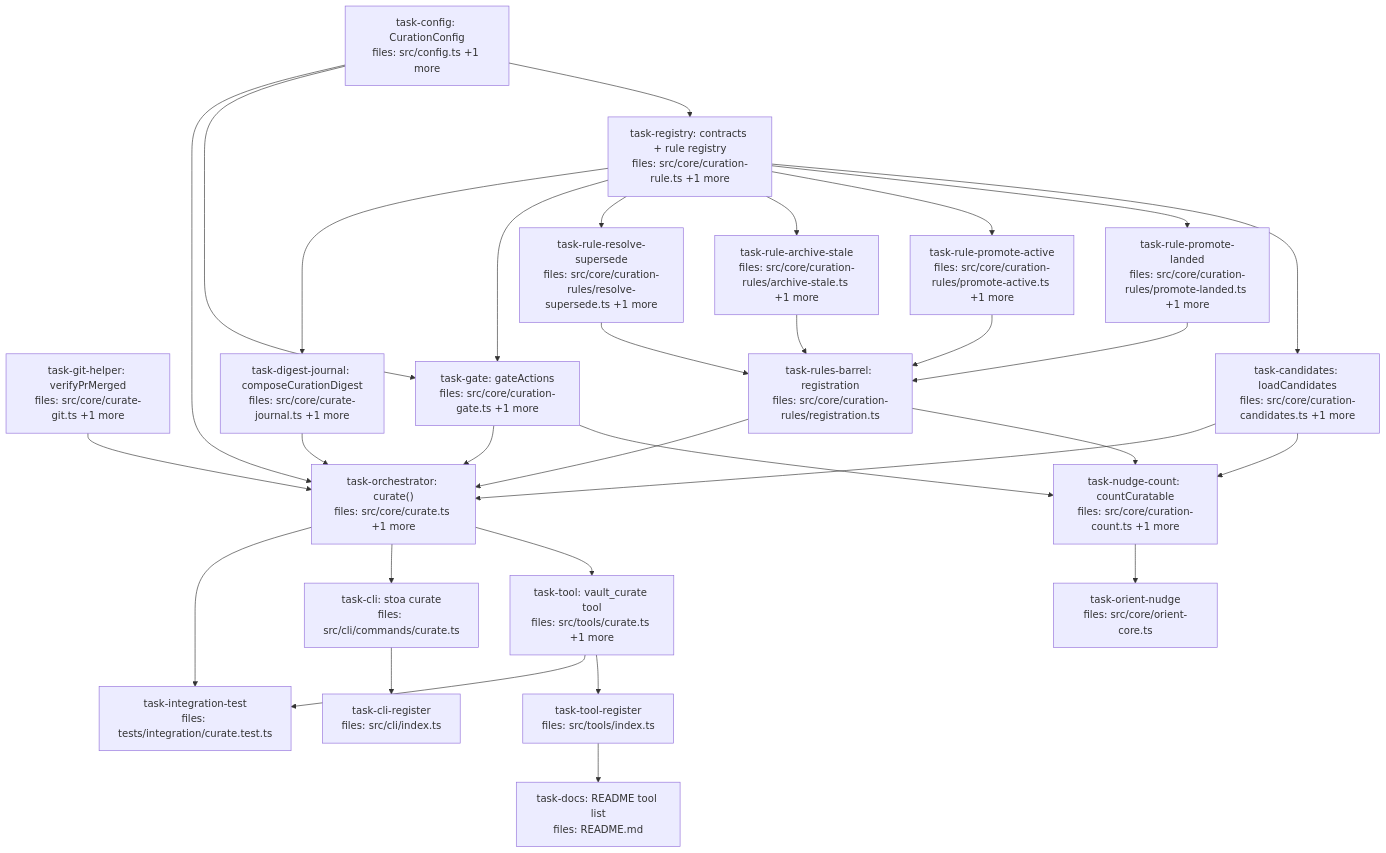
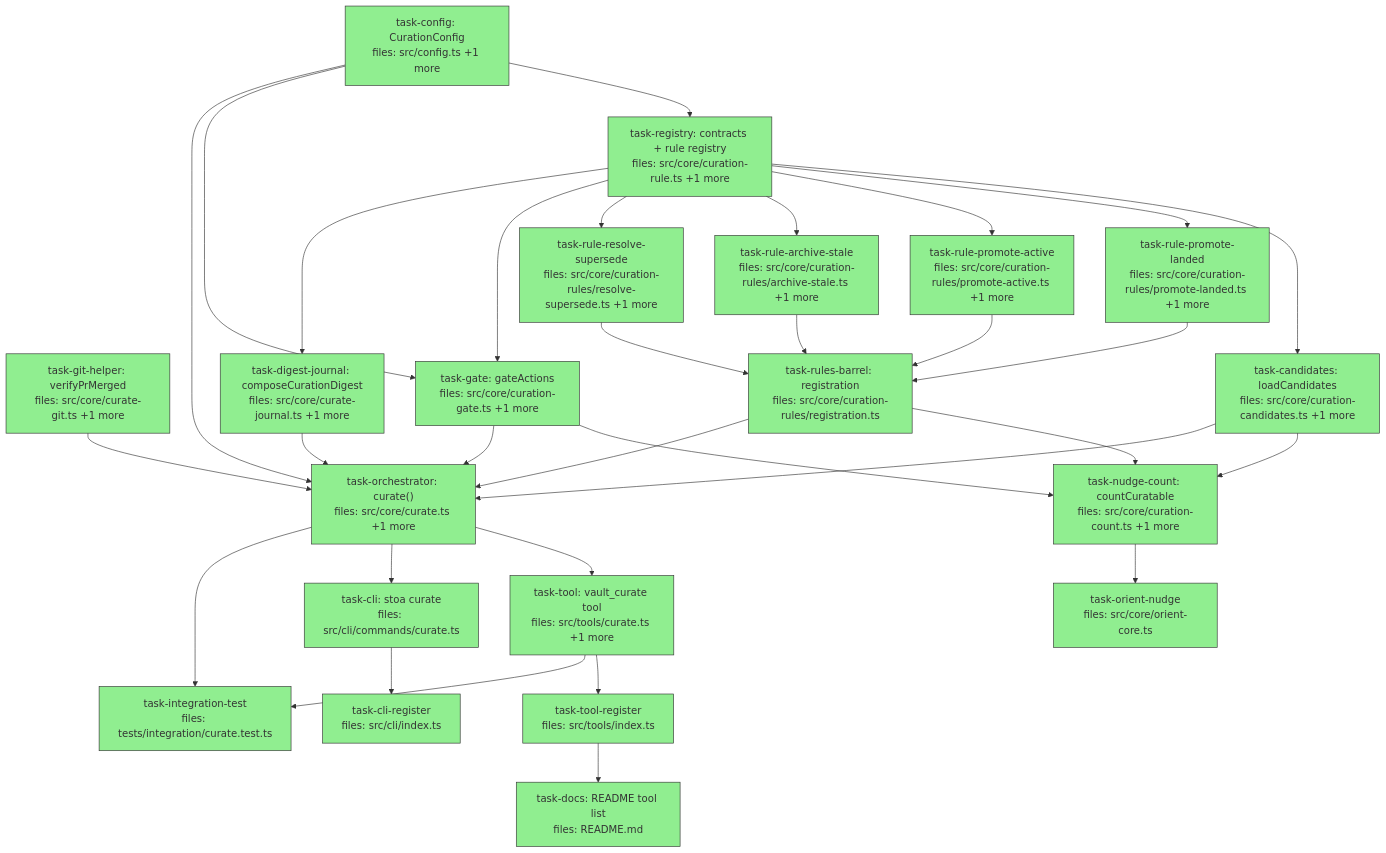
The diagram in docs/superpowers/plans/2026-05-27-vault-curate-dag.md (BrettNye/stoa), drawn with Mermaid before and after one commit. The commit also changed other lines of this file, not shown here.

First line of the commit message:
docs(plan): vault_curate DAG execution complete — 20/20 tasks done

````diff
--- a/docs/superpowers/plans/2026-05-27-vault-curate-dag.md
+++ b/docs/superpowers/plans/2026-05-27-vault-curate-dag.md
@@ -6,60 +6,60 @@
 ```mermaid
 flowchart TD
-    task-config["task-config: CurationConfig<br/>files: src/config.ts +1 more"]
-    task-git-helper["task-git-helper: verifyPrMerged<br/>files: src/core/curate-git.ts +1 more"]
-    task-registry["task-registry: contracts + rule registry<br/>files: src/core/curation-rule.ts +1 more"]
-    task-candidates["task-candidates: loadCandidates<br/>files: src/core/curation-candidates.ts +1 more"]
-    task-rule-promote-landed["task-rule-promote-landed<br/>files: src/core/curation-rules/promote-landed.ts +1 more"]
-    task-rule-promote-active["task-rule-promote-active<br/>files: src/core/curation-rules/promote-active.ts +1 more"]
-    task-rule-archive-stale["task-rule-archive-stale<br/>files: src/core/curation-rules/archive-stale.ts +1 more"]
-    task-rule-resolve-supersede["task-rule-resolve-supersede<br/>files: src/core/curation-rules/resolve-supersede.ts +1 more"]
-    task-gate["task-gate: gateActions<br/>files: src/core/curation-gate.ts +1 more"]
-    task-digest-journal["task-digest-journal: composeCurationDigest<br/>files: src/core/curate-journal.ts +1 more"]
-    task-rules-barrel["task-rules-barrel: registration<br/>files: src/core/curation-rules/registration.ts"]
-    task-nudge-count["task-nudge-count: countCuratable<br/>files: src/core/curation-count.ts +1 more"]
-    task-orchestrator["task-orchestrator: curate()<br/>files: src/core/curate.ts +1 more"]
-    task-tool["task-tool: vault_curate tool<br/>files: src/tools/curate.ts +1 more"]
-    task-tool-register["task-tool-register<br/>files: src/tools/index.ts"]
-    task-cli["task-cli: stoa curate<br/>files: src/cli/commands/curate.ts"]
-    task-cli-register["task-cli-register<br/>files: src/cli/index.ts"]
-    task-orient-nudge["task-orient-nudge<br/>files: src/core/orient-core.ts"]
-    task-integration-test["task-integration-test<br/>files: tests/integration/curate.test.ts"]
-    task-docs["task-docs: README tool list<br/>files: README.md"]
+    task-config["task-config: CurationConfig<br/>files: src/config.ts +1 more"]:::done
+    task-git-helper["task-git-helper: verifyPrMerged<br/>files: src/core/curate-git.ts +1 more"]:::done
+    task-registry["task-registry: contracts + rule registry<br/>files: src/core/curation-rule.ts +1 more"]:::done
+    task-candidates["task-candidates: loadCandidates<br/>files: src/core/curation-candidates.ts +1 more"]:::done
+    task-rule-promote-landed["task-rule-promote-landed<br/>files: src/core/curation-rules/promote-landed.ts +1 more"]:::done
+    task-rule-promote-active["task-rule-promote-active<br/>files: src/core/curation-rules/promote-active.ts +1 more"]:::done
+    task-rule-archive-stale["task-rule-archive-stale<br/>files: src/core/curation-rules/archive-stale.ts +1 more"]:::done
+    task-rule-resolve-supersede["task-rule-resolve-supersede<br/>files: src/core/curation-rules/resolve-supersede.ts +1 more"]:::done
+    task-gate["task-gate: gateActions<br/>files: src/core/curation-gate.ts +1 more"]:::done
+    task-digest-journal["task-digest-journal: composeCurationDigest<br/>files: src/core/curate-journal.ts +1 more"]:::done
+    task-rules-barrel["task-rules-barrel: registration<br/>files: src/core/curation-rules/registration.ts"]:::done
+    task-nudge-count["task-nudge-count: countCuratable<br/>files: src/core/curation-count.ts +1 more"]:::done
+    task-orchestrator["task-orchestrator: curate()<br/>files: src/core/curate.ts +1 more"]:::done
+    task-tool["task-tool: vault_curate tool<br/>files: src/tools/curate.ts +1 more"]:::done
+    task-tool-register["task-tool-register<br/>files: src/tools/index.ts"]:::done
+    task-cli["task-cli: stoa curate<br/>files: src/cli/commands/curate.ts"]:::done
+    task-cli-register["task-cli-register<br/>files: src/cli/index.ts"]:::done
+    task-orient-nudge["task-orient-nudge<br/>files: src/core/orient-core.ts"]:::done
+    task-integration-test["task-integration-test<br/>files: tests/integration/curate.test.ts"]:::done
+    task-docs["task-docs: README tool list<br/>files: README.md"]:::done
 
     task-config --> task-registry
     task-config --> task-gate
     task-config --> task-orchestrator
     task-git-helper --> task-orchestrator
     task-registry --> task-candidates
     task-registry --> task-rule-promote-landed
     task-registry --> task-rule-promote-active
     task-registry --> task-rule-archive-stale
     task-registry --> task-rule-resolve-supersede
     task-registry --> task-gate
     task-registry --> task-digest-journal
     task-rule-promote-landed --> task-rules-barrel
     task-rule-promote-active --> task-rules-barrel
     task-rule-archive-stale --> task-rules-barrel
     task-rule-resolve-supersede --> task-rules-barrel
     task-candidates --> task-nudge-count
     task-candidates --> task-orchestrator
     task-rules-barrel --> task-nudge-count
     task-rules-barrel --> task-orchestrator
     task-gate --> task-nudge-count
     task-gate --> task-orchestrator
     task-digest-journal --> task-orchestrator
     task-orchestrator --> task-tool
     task-orchestrator --> task-cli
     task-orchestrator --> task-integration-test
     task-tool --> task-tool-register
     task-tool --> task-integration-test
     task-tool-register --> task-docs
     task-cli --> task-cli-register
     task-nudge-count --> task-orient-nudge
 
     classDef done fill:#90ee90,stroke:#333
     classDef ready fill:#fffacd,stroke:#333
     classDef running fill:#87ceeb,stroke:#333
     classDef failed fill:#ffb6c1,stroke:#333
     classDef skipped fill:#d3d3d3,stroke:#333,stroke-dasharray: 5 5
 ```
````
